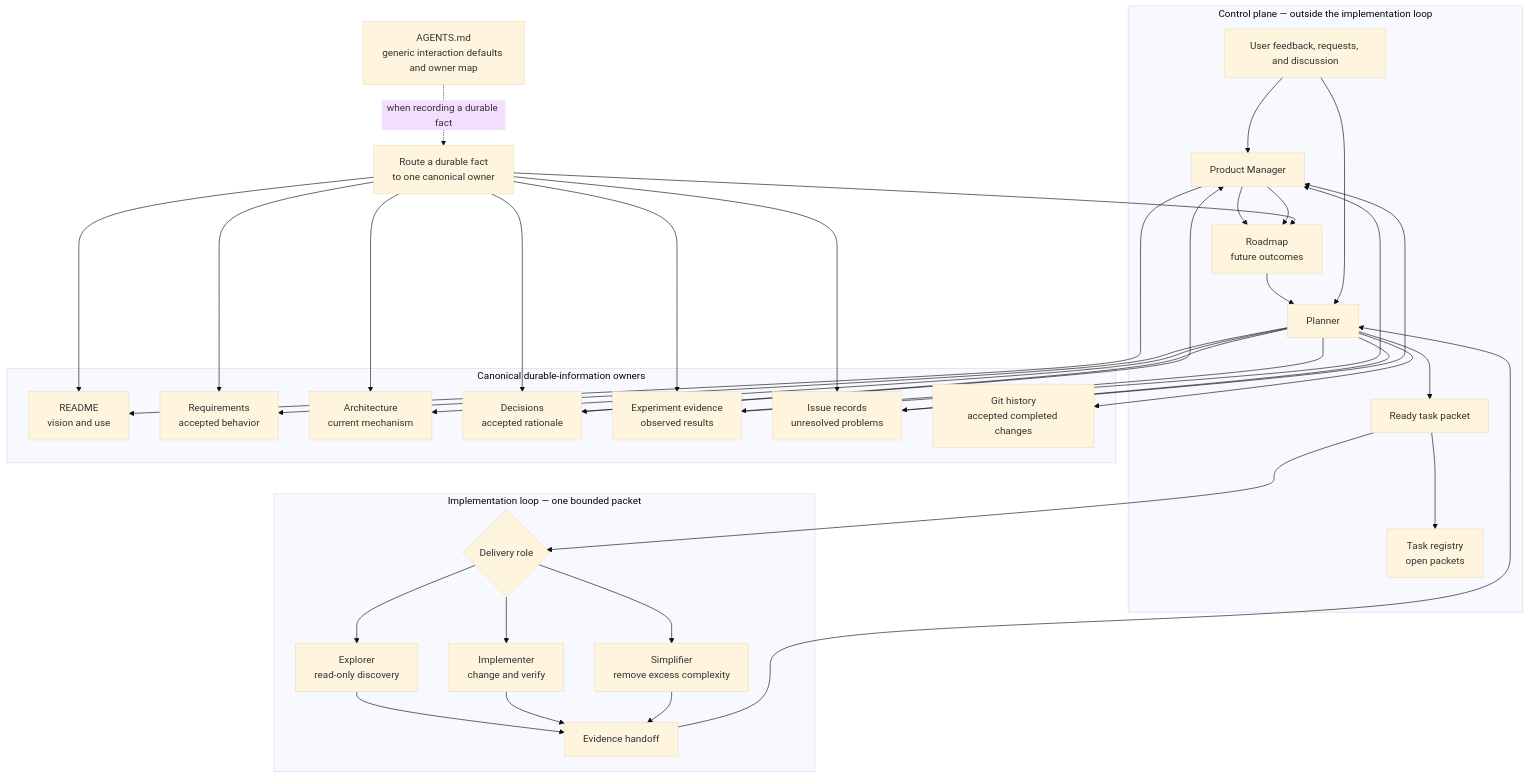
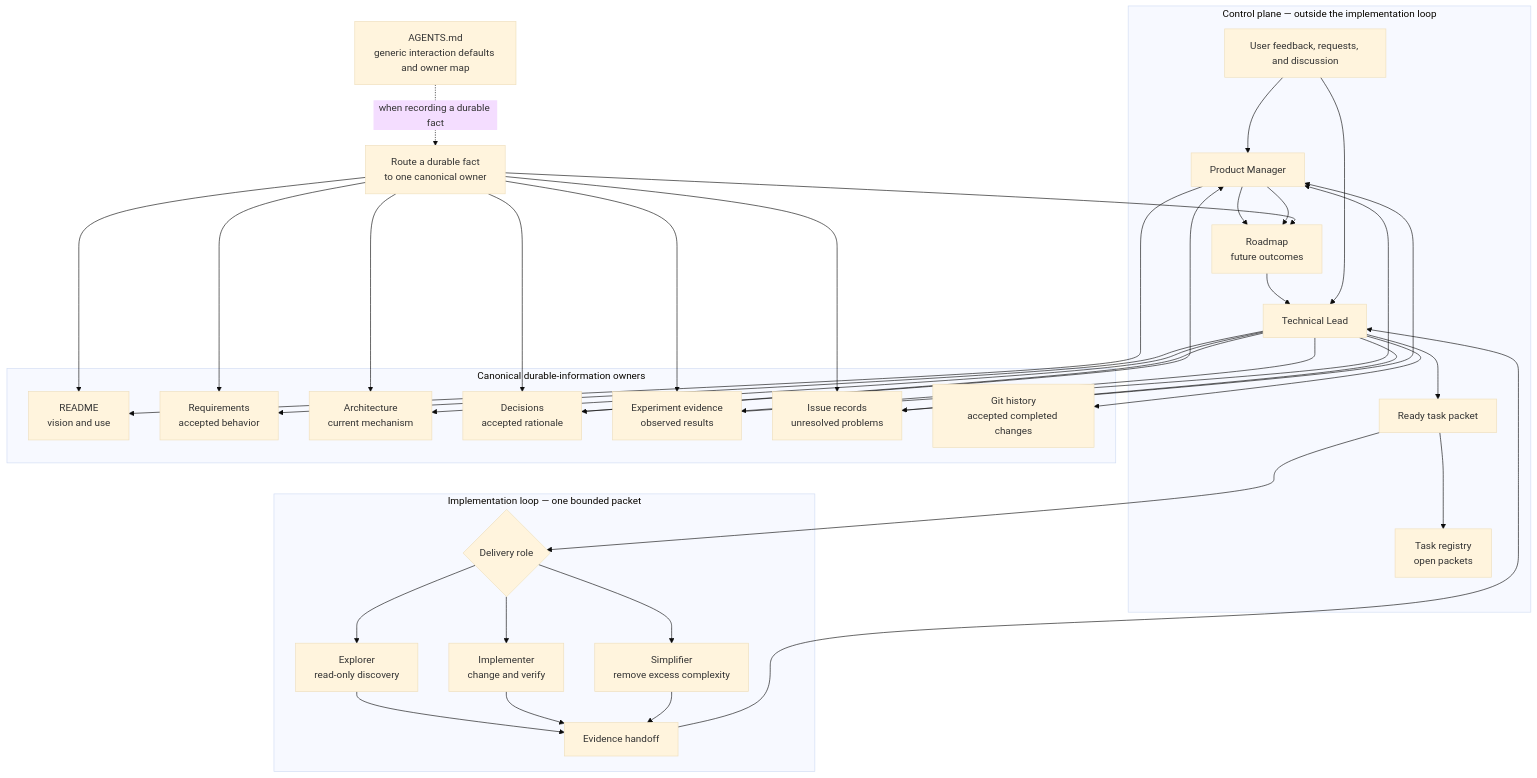
Before and after one commit to AlexeyNilov/npc: the diagram in docs/information-flow.md, drawn with Mermaid (base theme). The commit also changed other lines of this file and 10 other files, not shown here.

````diff
--- a/docs/information-flow.md
+++ b/docs/information-flow.md
@@ -8,70 +8,70 @@
 ```mermaid
 flowchart TB
   User[User feedback, requests, and discussion]
 
   subgraph Control[Control plane — outside the implementation loop]
     PM[Product Manager]
     Roadmap[Roadmap\nfuture outcomes]
-    Planner[Planner]
+    TechLead[Technical Lead]
     Packet[Ready task packet]
     Registry[Task registry\nopen packets]
 
     PM --> Roadmap
-    Roadmap --> Planner
+    Roadmap --> TechLead
     User --> PM
-    User --> Planner
-    Planner --> Packet
+    User --> TechLead
+    TechLead --> Packet
     Packet --> Registry
   end
 
   subgraph Delivery[Implementation loop — one bounded packet]
     Role{Delivery role}
     Explorer[Explorer\nread-only discovery]
     Implementer[Implementer\nchange and verify]
     Simplifier[Simplifier\nremove excess complexity]
     Handoff[Evidence handoff]
 
     Packet --> Role
     Role --> Explorer
     Role --> Implementer
     Role --> Simplifier
     Explorer --> Handoff
     Implementer --> Handoff
     Simplifier --> Handoff
   end
 
-  Handoff --> Planner
+  Handoff --> TechLead
 
   subgraph Owners[Canonical durable-information owners]
     Vision[README\nvision and use]
     Requirements[Requirements\naccepted behavior]
     Architecture[Architecture\ncurrent mechanism]
     Decisions[Decisions\naccepted rationale]
     Evidence[Experiment evidence\nobserved results]
     Issues[Issue records\nunresolved problems]
     History[Git history\naccepted completed changes]
   end
 
-  Planner --> Requirements
-  Planner --> Architecture
-  Planner --> Decisions
-  Planner --> Evidence
-  Planner --> Issues
-  Planner --> History
+  TechLead --> Requirements
+  TechLead --> Architecture
+  TechLead --> Decisions
+  TechLead --> Evidence
+  TechLead --> Issues
+  TechLead --> History
   PM --> Vision
   PM --> Roadmap
   Evidence --> PM
   Issues --> PM
   Decisions --> PM
 
   Policy[AGENTS.md\ngeneric interaction defaults and owner map]
   Route[Route a durable fact\nto one canonical owner]
   Policy -. when recording a durable fact .-> Route
   Route --> Requirements
   Route --> Architecture
   Route --> Decisions
   Route --> Evidence
   Route --> Issues
   Route --> Vision
   Route --> Roadmap
 ```
````
